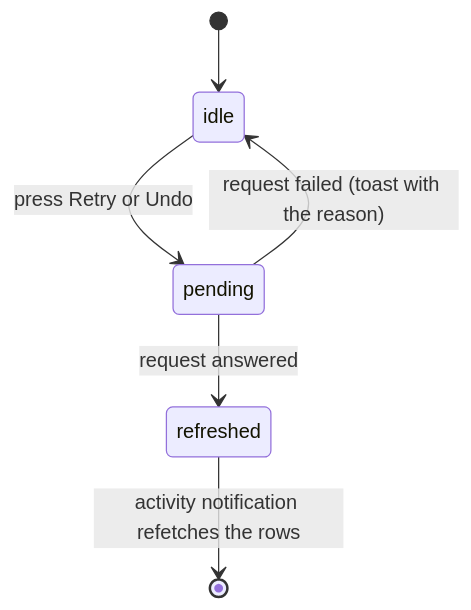
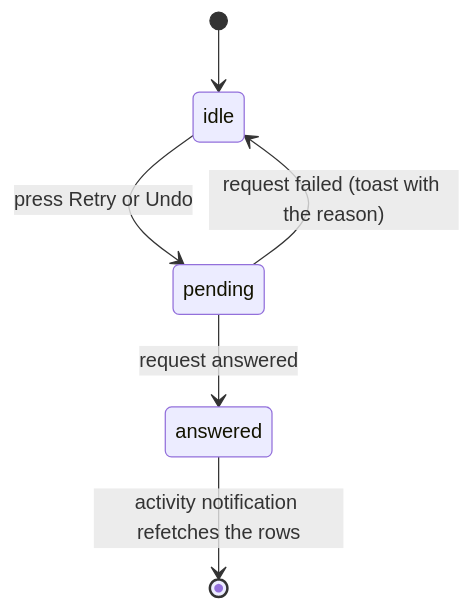
One commit to syudead/vv changed the diagram in specs/055-activity/ui-design.md. Above: the diagram before and after it, drawn with Mermaid. The commit also changed other lines of this file and 3 other files, not shown here.

````diff
--- a/specs/055-activity/ui-design.md
+++ b/specs/055-activity/ui-design.md
@@ -142,8 +149,8 @@
 ```mermaid
 stateDiagram-v2
   [*] --> idle
   idle --> pending: press Retry or Undo
   pending --> idle: request failed (toast with the reason)
-  pending --> refreshed: request answered
-  refreshed --> [*]: activity notification refetches the rows
+  pending --> answered: request answered
+  answered --> [*]: activity notification refetches the rows
 ```
````
